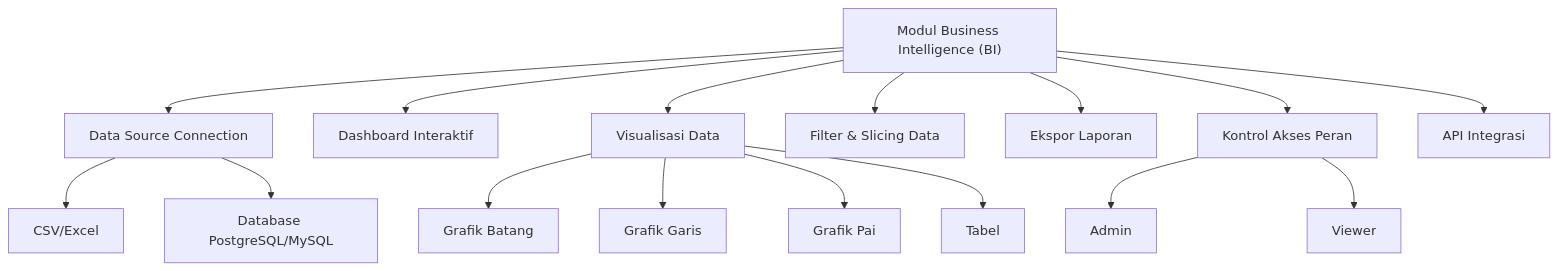
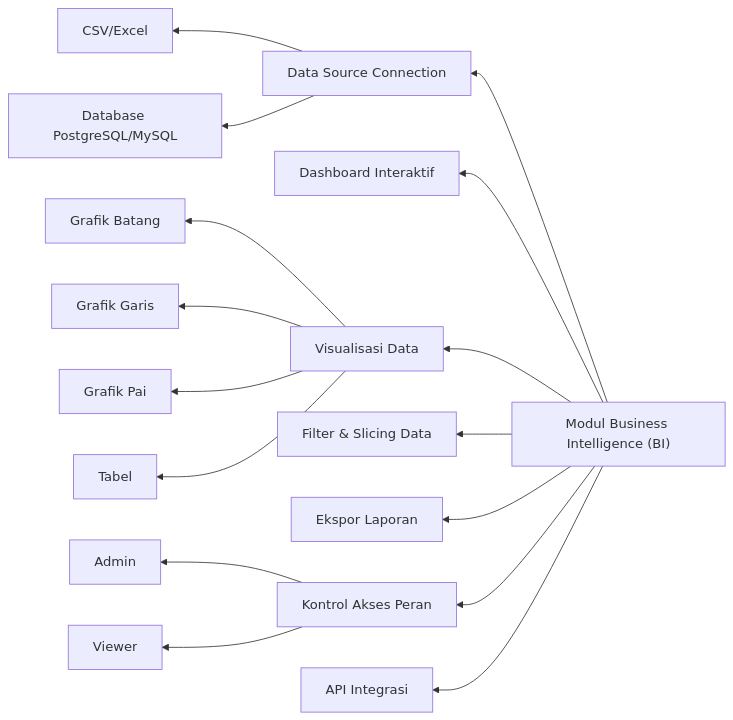
Before and after one commit to mrbrightsides/rantai-busi: the diagram in README.md, drawn with Mermaid. The commit also changed other lines of this file, not shown here.

````diff
--- a/README.md
+++ b/README.md
@@ -31,21 +31,21 @@
 ```mermaid
-graph TD
+graph RL
     A["Modul Business Intelligence (BI)"] --> B["Data Source Connection"]
     A --> C["Dashboard Interaktif"]
     A --> D["Visualisasi Data"]
     A --> E["Filter & Slicing Data"]
     A --> F["Ekspor Laporan"]
     A --> G["Kontrol Akses Peran"]
     A --> H["API Integrasi"]
 
     B --> B1["CSV/Excel"]
     B --> B2["Database PostgreSQL/MySQL"]
 
     D --> D1["Grafik Batang"]
     D --> D2["Grafik Garis"]
     D --> D3["Grafik Pai"]
     D --> D4["Tabel"]
 
     G --> G1["Admin"]
     G --> G2["Viewer"]
 ```
````
